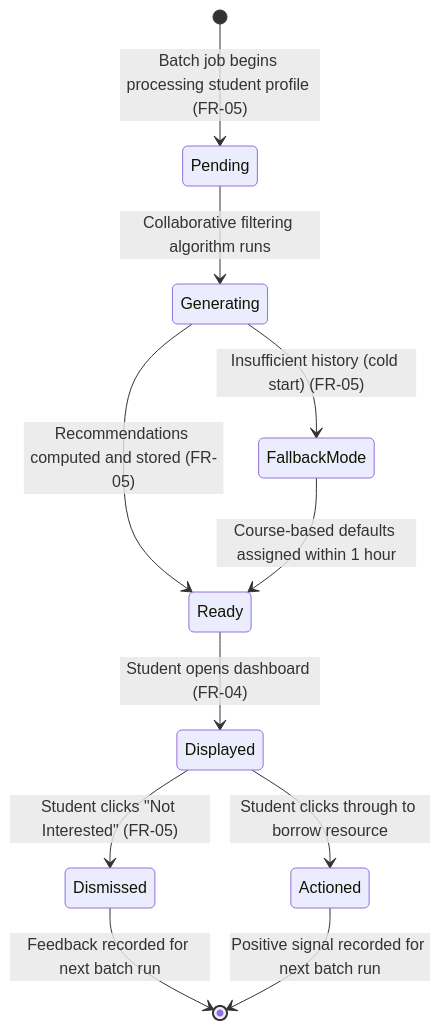
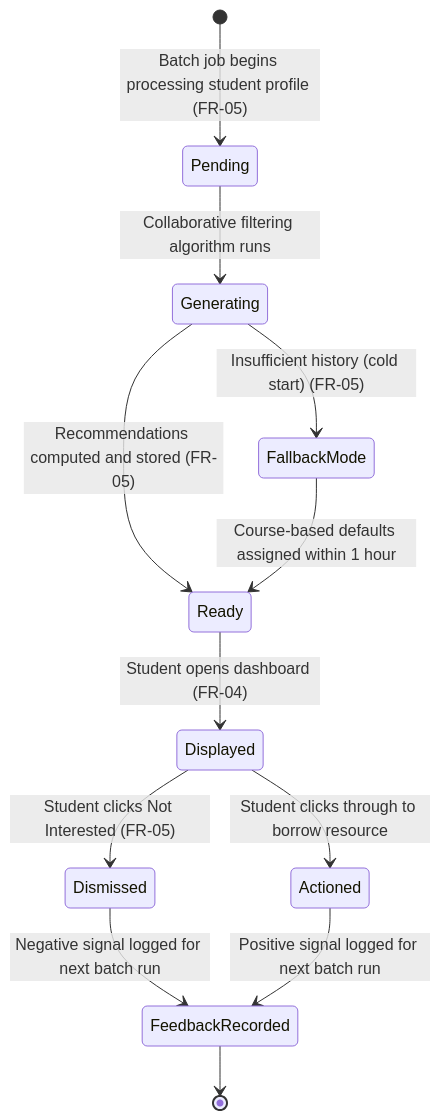
Before and after one commit to 211225347/Smart-Academic-Library-Assistance-System-SALAS-: the sixth of 8 diagrams in STATE_TRANSITION_DIAGRAMS.md, drawn with Mermaid. The commit also changed other lines of this file, not shown here.

````diff
--- a/STATE_TRANSITION_DIAGRAMS.md
+++ b/STATE_TRANSITION_DIAGRAMS.md
@@ -199,17 +206,19 @@
 ```mermaid
 stateDiagram-v2
     [*] --> Pending : Batch job begins processing student profile (FR-05)
 
     Pending --> Generating : Collaborative filtering algorithm runs
     Generating --> Ready : Recommendations computed and stored (FR-05)
     Generating --> FallbackMode : Insufficient history (cold start) (FR-05)
 
     FallbackMode --> Ready : Course-based defaults assigned within 1 hour
 
     Ready --> Displayed : Student opens dashboard (FR-04)
-    Displayed --> Dismissed : Student clicks "Not Interested" (FR-05)
+    Displayed --> Dismissed : Student clicks Not Interested (FR-05)
     Displayed --> Actioned : Student clicks through to borrow resource
 
-    Dismissed --> [*] : Feedback recorded for next batch run
-    Actioned --> [*] : Positive signal recorded for next batch run
+    Dismissed --> FeedbackRecorded : Negative signal logged for next batch run
+    Actioned --> FeedbackRecorded : Positive signal logged for next batch run
+
+    FeedbackRecorded --> [*]
 ```
````
